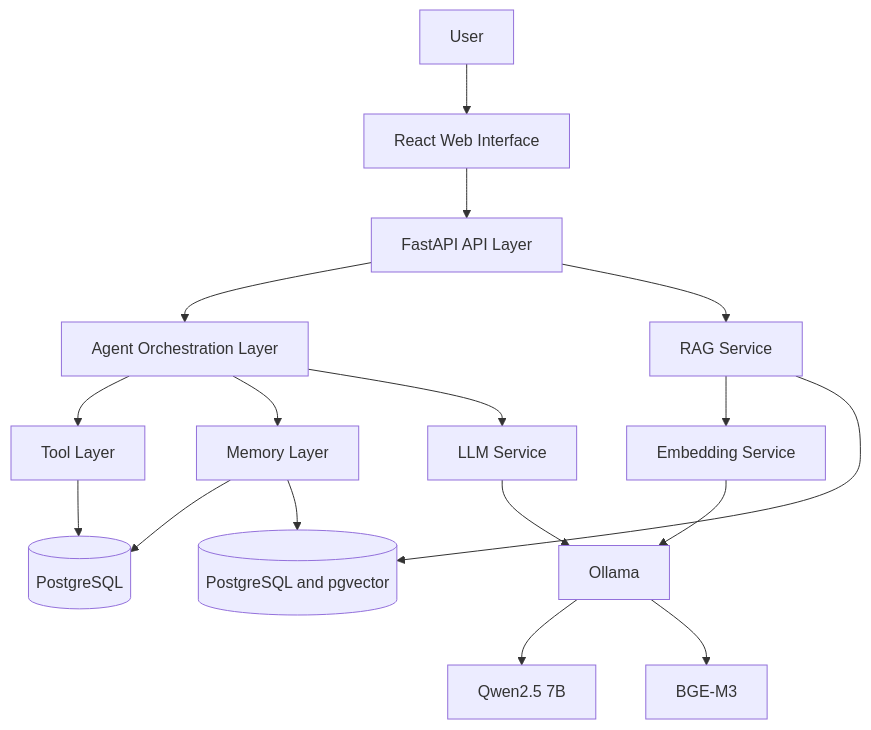
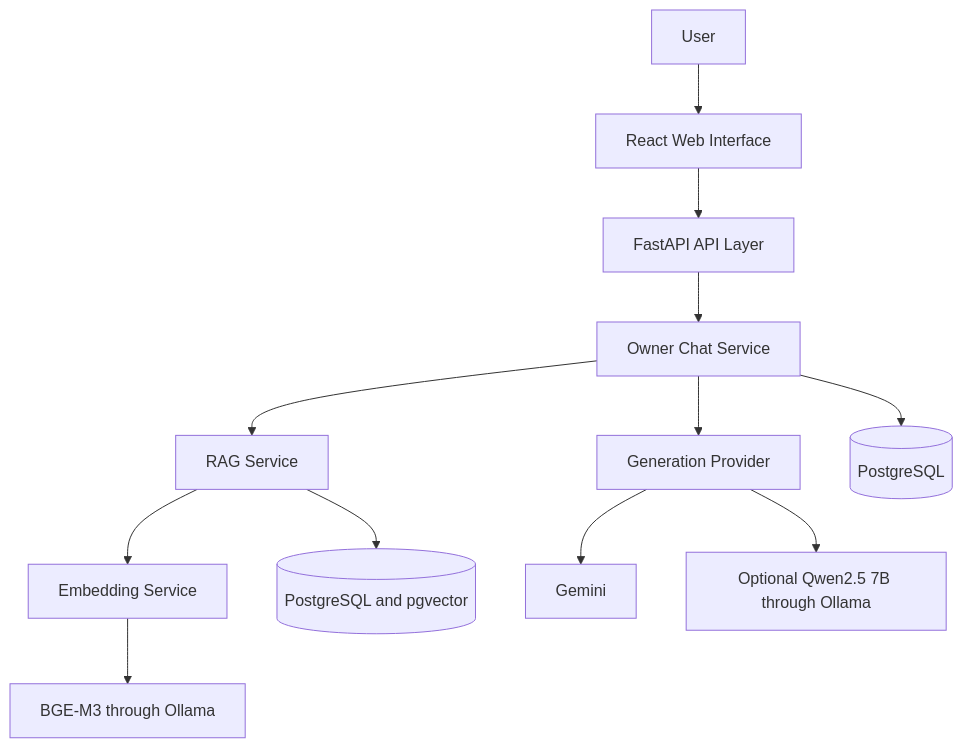
Before and after one commit to mohamedwaked05/Sou2-AI: the first of 5 diagrams in ARCHITECTURE.md, drawn with Mermaid. The commit also changed other lines of this file and 6 other files, not shown here.

````diff
--- a/ARCHITECTURE.md
+++ b/ARCHITECTURE.md
@@ -16,24 +16,16 @@
 ```mermaid
 flowchart TD
     U[User] --> UI[React Web Interface]
     UI --> API[FastAPI API Layer]
 
-    API --> AGENT[Agent Orchestration Layer]
-    API --> RAG[RAG Service]
-
-    AGENT --> TOOLS[Tool Layer]
-    AGENT --> MEMORY[Memory Layer]
-    AGENT --> LLM[LLM Service]
-
-    TOOLS --> DB[(PostgreSQL)]
+    API --> CHAT[Owner Chat Service]
+    CHAT --> RAG[RAG Service]
+    CHAT --> LLM[Generation Provider]
+    CHAT --> DB[(PostgreSQL)]
     RAG --> EMBED[Embedding Service]
     RAG --> VECTOR[(PostgreSQL and pgvector)]
-    MEMORY --> DB
-    MEMORY --> VECTOR
 
-    EMBED --> OLLAMA[Ollama]
-    LLM --> OLLAMA
-
-    OLLAMA --> QWEN[Qwen2.5 7B]
-    OLLAMA --> BGE[BGE-M3]
+    EMBED --> BGE[BGE-M3 through Ollama]
+    LLM --> GEMINI[Gemini]
+    LLM --> QWEN[Optional Qwen2.5 7B through Ollama]
 ```
````
